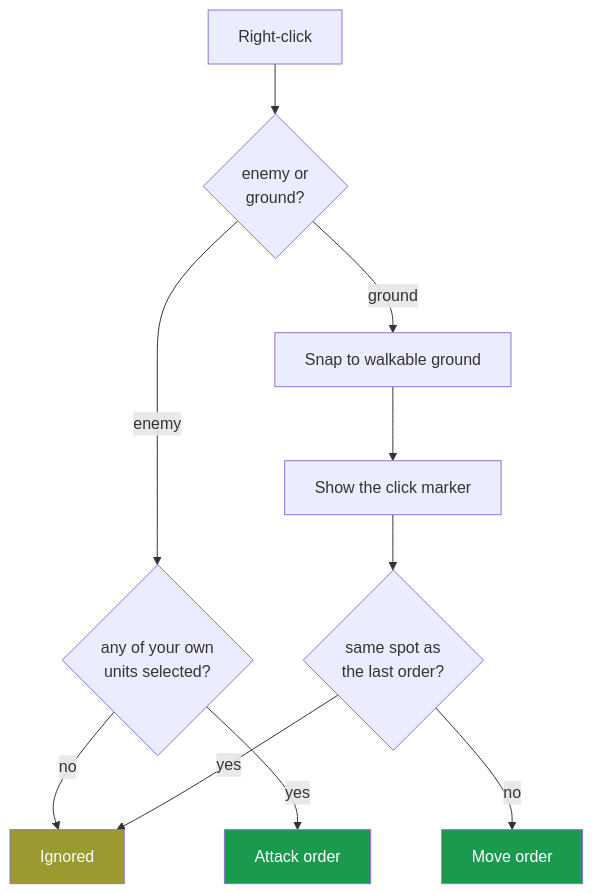
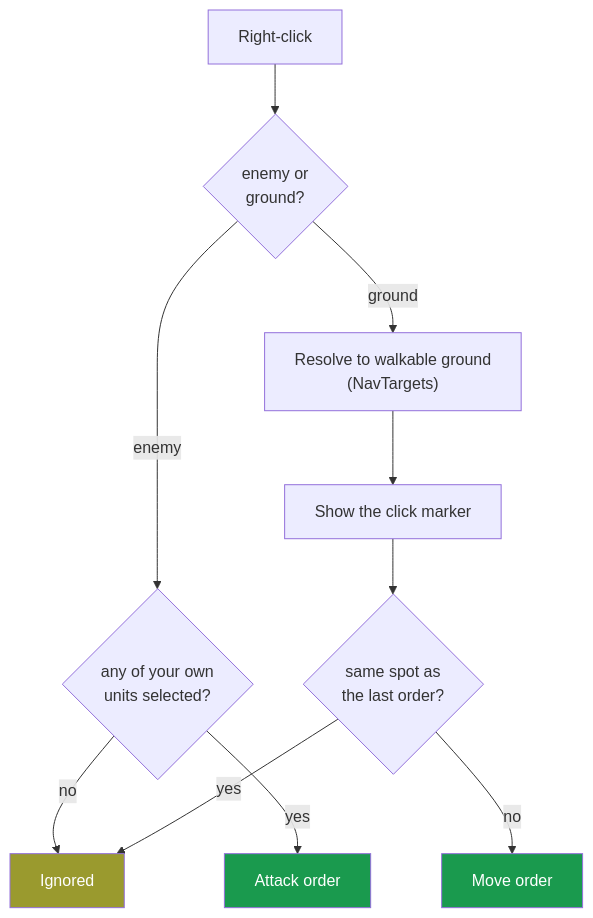
The first of 5 diagrams in docs/movement-and-navigation.md (xhocquet/avalon-game), drawn with Mermaid before and after one commit. The commit also changed other lines of this file and 58 other files, not shown here.

````diff
--- a/docs/movement-and-navigation.md
+++ b/docs/movement-and-navigation.md
@@ -5,26 +5,26 @@
 ```mermaid
 flowchart TB
     Click["Right-click"]
     What{"enemy or<br/>ground?"}
     Sel{"any of your own<br/>units selected?"}
-    Snap["Snap to walkable ground"]
+    Snap["Resolve to walkable ground<br/>(NavTargets)"]
     Marker["Show the click marker"]
     Same{"same spot as<br/>the last order?"}
     Attack["Attack order"]
     Move["Move order"]
     Drop["Ignored"]
 
     Click --> What
     What -->|enemy| Sel
     What -->|ground| Snap
     Sel -->|no| Drop
     Sel -->|yes| Attack
     Snap --> Marker
     Marker --> Same
     Same -->|yes| Drop
     Same -->|no| Move
 
     style Drop fill:#9a9a2e,color:#fff
     style Attack fill:#1a9a4e,color:#fff
     style Move fill:#1a9a4e,color:#fff
 ```
````
